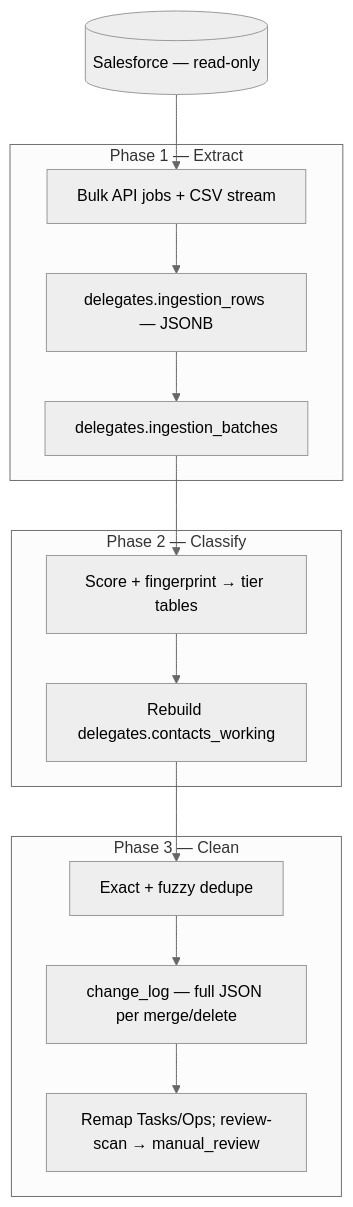
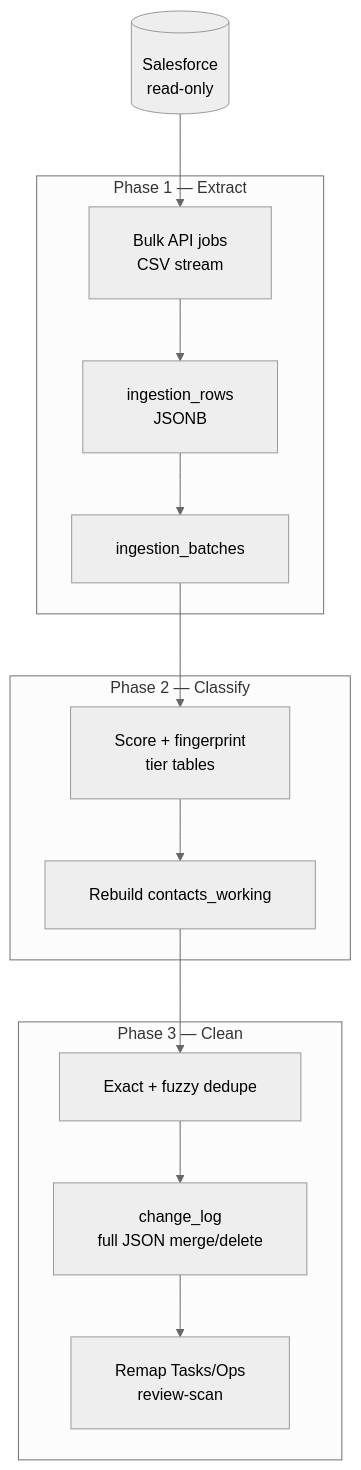
One commit to BWebsterGDS/E2ESpec changed the first of 3 diagrams in DELEGATE_DATA_INGESTION_E2E.md. Above: the diagram before and after it, drawn with Mermaid. The commit also changed other lines of this file and 1 other file, not shown here.

First line of the commit message:
Mermaid: wider spacing, line breaks, shorter labels (fix overlap on deploy)

````diff
--- a/DELEGATE_DATA_INGESTION_E2E.md
+++ b/DELEGATE_DATA_INGESTION_E2E.md
@@ -38,25 +38,25 @@
 ```mermaid
-%%{init: {'theme': 'neutral'}}%%
+%%{init: {'theme': 'neutral', 'flowchart': {'nodeSpacing': 50, 'rankSpacing': 62, 'padding': 22}}}%%
 flowchart TB
-    SF[(Salesforce — read-only)]
-    subgraph P1[Phase 1 — Extract]
-        E1[Bulk API jobs + CSV stream]
-        E2[delegates.ingestion_rows — JSONB]
-        E3[delegates.ingestion_batches]
+    SF[(Salesforce<br/>read-only)]
+    subgraph P1["Phase 1 — Extract"]
+        E1[Bulk API jobs<br/>CSV stream]
+        E2[ingestion_rows<br/>JSONB]
+        E3[ingestion_batches]
         E1 --> E2 --> E3
     end
-    subgraph P2[Phase 2 — Classify]
-        C1[Score + fingerprint → tier tables]
-        C2[Rebuild delegates.contacts_working]
+    subgraph P2["Phase 2 — Classify"]
+        C1[Score + fingerprint<br/>tier tables]
+        C2[Rebuild contacts_working]
         C1 --> C2
     end
-    subgraph P3[Phase 3 — Clean]
+    subgraph P3["Phase 3 — Clean"]
         D1[Exact + fuzzy dedupe]
-        D2[change_log — full JSON per merge/delete]
-        D3[Remap Tasks/Ops; review-scan → manual_review]
+        D2[change_log<br/>full JSON merge/delete]
+        D3[Remap Tasks/Ops<br/>review-scan]
         D1 --> D2 --> D3
     end
     SF --> E1
     E3 --> C1
     C2 --> D1
 ```
````
